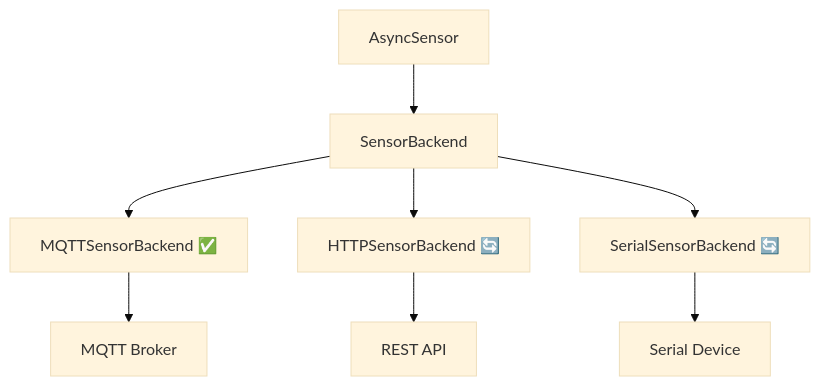
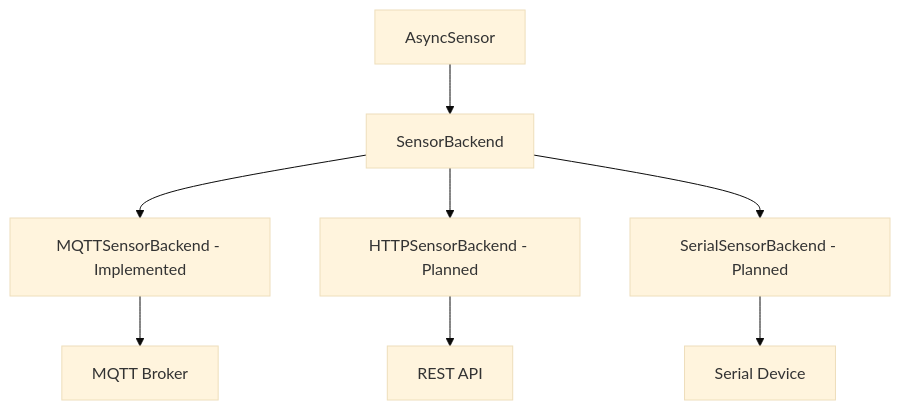
The first of 6 diagrams in mindtrace/hardware/mindtrace/hardware/sensors/README.md (Mindtrace/mindtrace), drawn with Mermaid (base theme) before and after one commit. The commit also changed other lines of this file, not shown here.

````diff
--- a/mindtrace/hardware/mindtrace/hardware/sensors/README.md
+++ b/mindtrace/hardware/mindtrace/hardware/sensors/README.md
@@ -22,10 +34,10 @@
 ```mermaid
 graph TD
     A[AsyncSensor] --> B[SensorBackend]
-    B --> C[MQTTSensorBackend ✅]
-    B --> D[HTTPSensorBackend 🔄]
-    B --> E[SerialSensorBackend 🔄]
+    B --> C[MQTTSensorBackend - Implemented]
+    B --> D[HTTPSensorBackend - Planned]
+    B --> E[SerialSensorBackend - Planned]
     C --> F[MQTT Broker]
     D --> G[REST API]
     E --> H[Serial Device]
 ```
````
